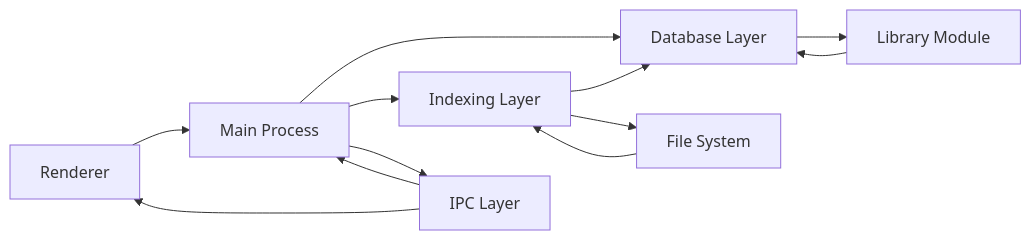
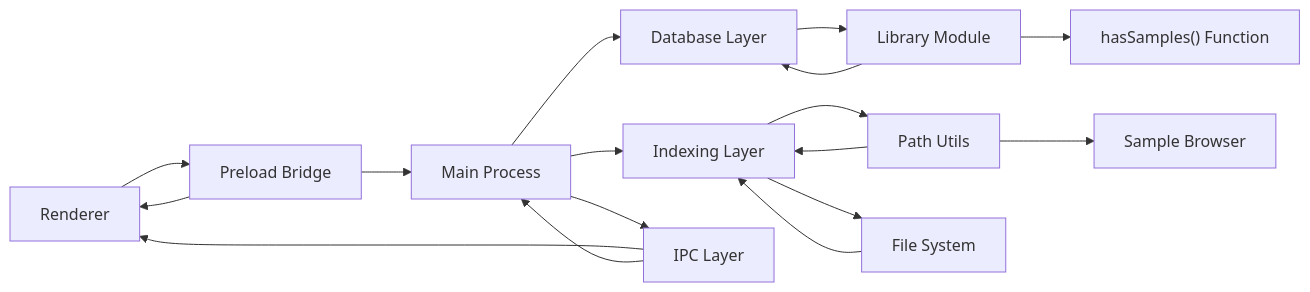
Before and after one commit to satyrlord/mixjam-electron: the fourth of 4 diagrams in .qoder/repowiki/en/content/Data Management.md, drawn with Mermaid. The commit also changed other lines of this file and 7 other files, not shown here.

First line of the commit message:
feat(data-management): centralize audio extensions and add hasSamples function

````diff
--- a/.qoder/repowiki/en/content/Data Management.md
+++ b/.qoder/repowiki/en/content/Data Management.md
@@ -312,14 +370,19 @@
 ```mermaid
 graph LR
-R["Renderer"] --> M["Main Process"]
+R["Renderer"] --> P["Preload Bridge"]
+P --> M["Main Process"]
 M --> DB["Database Layer"]
 M --> IDX["Indexing Layer"]
 M --> IPC["IPC Layer"]
 DB --> LIB["Library Module"]
 LIB --> DB
-IDX --> DB
+LIB --> HS["hasSamples() Function"]
+IDX --> PATH["Path Utils"]
 IDX --> FS["File System"]
+PATH --> SB["Sample Browser"]
+PATH --> IDX
 FS --> IDX
 IPC --> R
 IPC --> M
+P --> R
 ```
````
